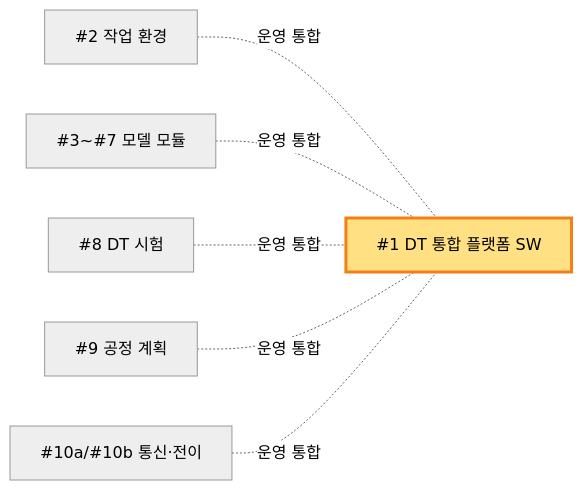
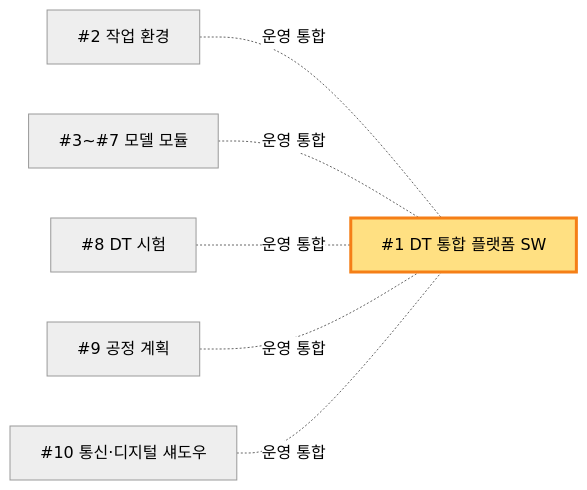
Before and after one commit to rebirther00/report: the first of 15 diagrams in 11. DT/항목별_연계_다이어그램_v1.md, drawn with Mermaid (neutral theme). The commit also changed other lines of this file and 4 other files, not shown here.

First line of the commit message:
#10a + #10b 통합 → #10 '실차–DT 통신·디지털 섀도우 인프라' (예산 중립 재배치)

````diff
--- a/11. DT/항목별_연계_다이어그램_v1.md
+++ b/11. DT/항목별_연계_다이어그램_v1.md
@@ -32,12 +32,12 @@
 ```mermaid
 graph LR
     M1[#2 작업 환경] -.운영 통합.- X
     M2[#3~#7 모델 모듈] -.운영 통합.- X
     M3[#8 DT 시험] -.운영 통합.- X
     M4[#9 공정 계획] -.운영 통합.- X
-    M5[#10a/#10b 통신·전이] -.운영 통합.- X
+    M5[#10 통신·디지털 섀도우] -.운영 통합.- X
     
     X[#1 DT 통합 플랫폼 SW]
     
     style X fill:#FFE082,stroke:#F57F17,stroke-width:3px
 ```
````
